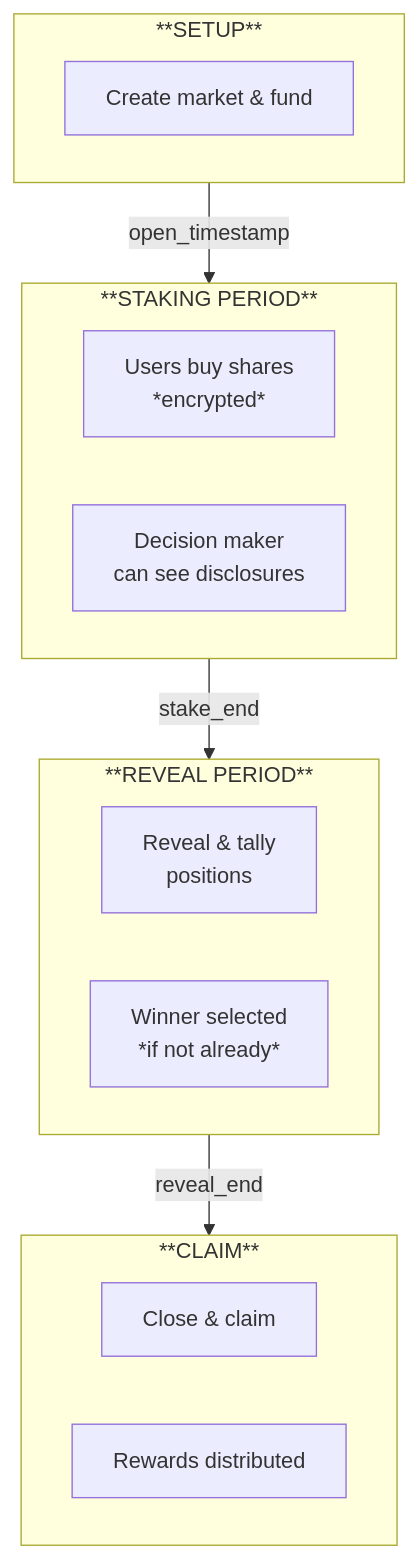
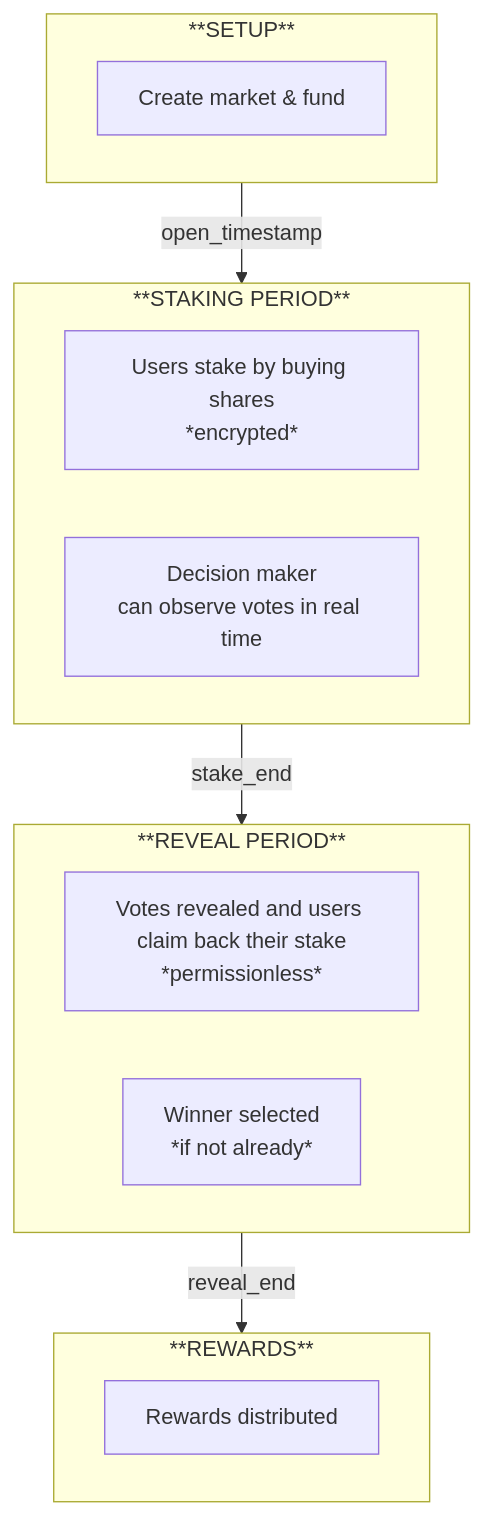
One commit to ilmari-h/opportunity-markets changed the first of 2 diagrams in docs/market-life-cycle.md. Above: the diagram before and after it, drawn with Mermaid. The commit also changed other lines of this file, not shown here.

Commit message:
Specify first graph

````diff
--- a/docs/market-life-cycle.md
+++ b/docs/market-life-cycle.md
@@ -15,25 +16,24 @@
 ```mermaid
 flowchart TD
     subgraph SETUP["**SETUP**"]
         S1[Create market & fund]
     end
 
     subgraph STAKING["**STAKING PERIOD**"]
-        ST1[Users buy shares<br/>*encrypted*]
-        ST2[Decision maker<br/>can see disclosures]
+        ST1[Users stake by buying shares<br/>*encrypted*]
+        ST2[Decision maker<br/>can observe votes in real time]
     end
 
     subgraph REVEAL["**REVEAL PERIOD**"]
-        R1[Reveal & tally<br/>positions]
+        R1[Votes revealed and users claim back their stake<br/>*permissionless*]
         R2[Winner selected<br/>*if not already*]
     end
 
-    subgraph CLAIM["**CLAIM**"]
-        C1[Close & claim]
-        C2[Rewards distributed]
+    subgraph REWARDS["**REWARDS**"]
+        C1[Rewards distributed]
     end
 
     SETUP -->|open_timestamp| STAKING
     STAKING -->|stake_end| REVEAL
-    REVEAL -->|reveal_end| CLAIM
+    REVEAL -->|reveal_end| REWARDS
 ```
````
